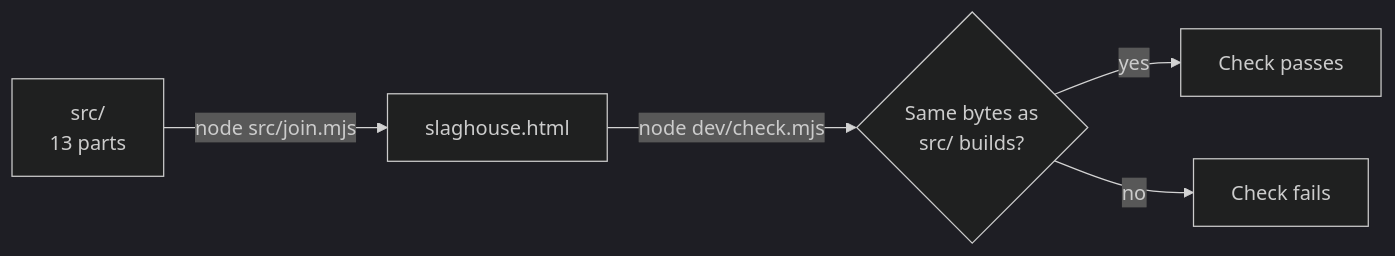
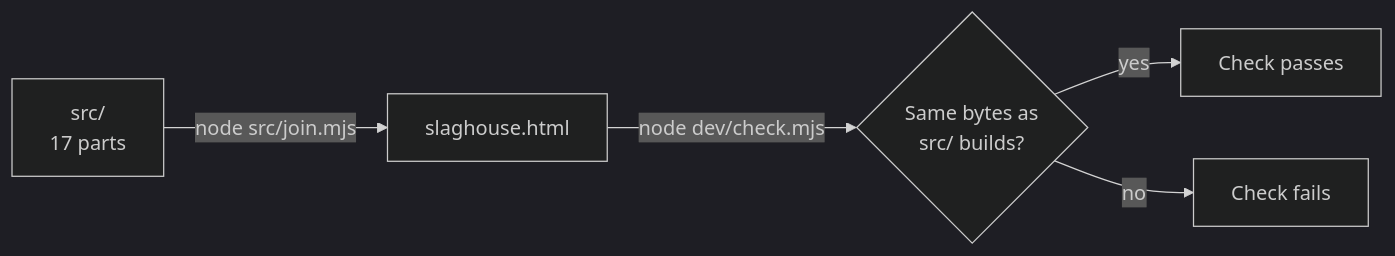
One commit to saworbit/slaghouse changed the second of 12 diagrams in README.md. Above: the diagram before and after it, drawn with Mermaid (dark theme). The commit also changed other lines of this file and 9 other files, not shown here.

First line of the commit message:
Split GameScene into per-subsystem parts in src/ (#213)

````diff
--- a/README.md
+++ b/README.md
@@ -403,7 +403,7 @@
 ```mermaid
 flowchart LR
-  parts["src/<br/>13 parts"] -- "node src/join.mjs" --> html["slaghouse.html"]
+  parts["src/<br/>17 parts"] -- "node src/join.mjs" --> html["slaghouse.html"]
   html -- "node dev/check.mjs" --> same{"Same bytes as<br/>src/ builds?"}
   same -- "yes" --> passed["Check passes"]
   same -- "no" --> failed["Check fails"]
 ```
````
